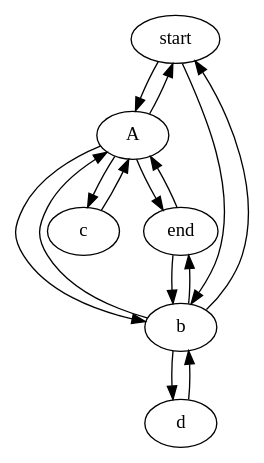
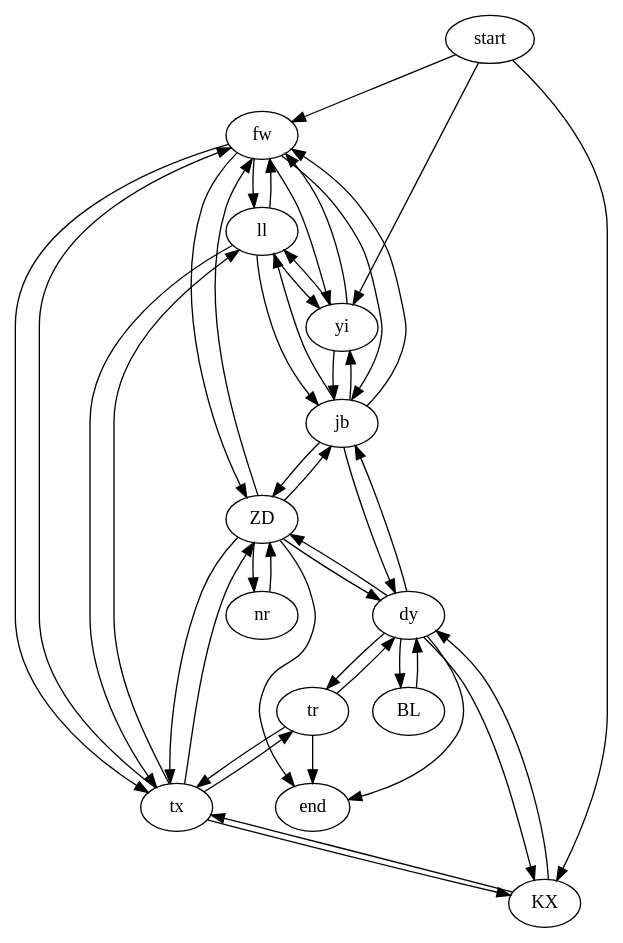
Before and after one commit to ACHinrichs/aoc: the diagram in 12-passage-pathing/graph.dot, drawn with Graphviz. The commit also changed 2 other files, not shown here.

```diff
--- a/12-passage-pathing/graph.dot
+++ b/12-passage-pathing/graph.dot
@@ -1,22 +1,59 @@
 digraph {
-    0 [ label = "start" ]
-    1 [ label = "A" ]
-    2 [ label = "b" ]
-    3 [ label = "c" ]
-    4 [ label = "d" ]
-    5 [ label = "end" ]
+    0 [ label = "fw" ]
+    1 [ label = "ll" ]
+    2 [ label = "end" ]
+    3 [ label = "dy" ]
+    4 [ label = "tx" ]
+    5 [ label = "tr" ]
+    6 [ label = "jb" ]
+    7 [ label = "ZD" ]
+    8 [ label = "BL" ]
+    9 [ label = "KX" ]
+    10 [ label = "start" ]
+    11 [ label = "yi" ]
+    12 [ label = "nr" ]
     0 -> 1 [ ]
     1 -> 0 [ ]
-    0 -> 2 [ ]
-    2 -> 0 [ ]
-    1 -> 3 [ ]
-    3 -> 1 [ ]
-    1 -> 2 [ ]
-    2 -> 1 [ ]
-    2 -> 4 [ ]
-    4 -> 2 [ ]
-    1 -> 5 [ ]
-    5 -> 1 [ ]
-    2 -> 5 [ ]
+    3 -> 2 [ ]
+    4 -> 0 [ ]
+    0 -> 4 [ ]
+    4 -> 5 [ ]
+    5 -> 4 [ ]
+    3 -> 6 [ ]
+    6 -> 3 [ ]
+    7 -> 3 [ ]
+    3 -> 7 [ ]
+    3 -> 8 [ ]
+    8 -> 3 [ ]
+    3 -> 5 [ ]
+    5 -> 3 [ ]
+    3 -> 9 [ ]
+    9 -> 3 [ ]
+    10 -> 9 [ ]
+    9 -> 4 [ ]
+    4 -> 9 [ ]
+    0 -> 7 [ ]
+    7 -> 0 [ ]
     5 -> 2 [ ]
+    0 -> 6 [ ]
+    6 -> 0 [ ]
+    0 -> 11 [ ]
+    11 -> 0 [ ]
+    7 -> 12 [ ]
+    12 -> 7 [ ]
+    10 -> 0 [ ]
+    4 -> 1 [ ]
+    1 -> 4 [ ]
+    1 -> 6 [ ]
+    6 -> 1 [ ]
+    11 -> 6 [ ]
+    6 -> 11 [ ]
+    11 -> 1 [ ]
+    1 -> 11 [ ]
+    10 -> 11 [ ]
+    7 -> 2 [ ]
+    7 -> 6 [ ]
+    6 -> 7 [ ]
+    4 -> 7 [ ]
+    7 -> 4 [ ]
 }
```
